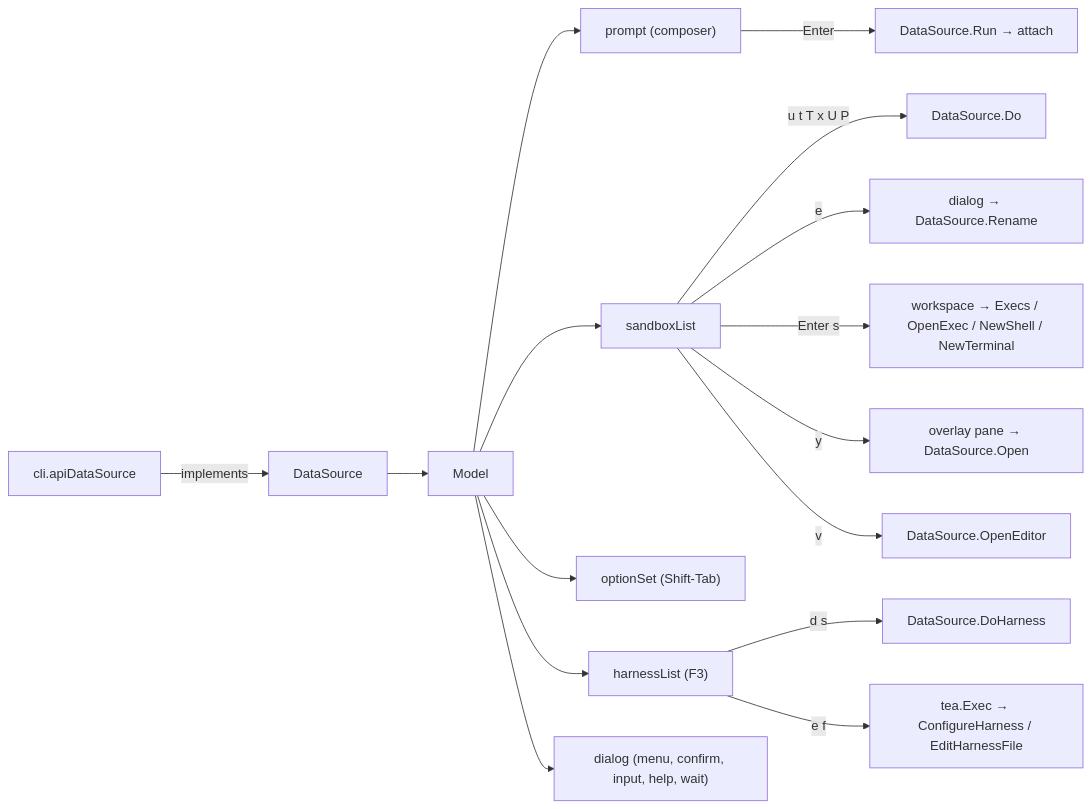
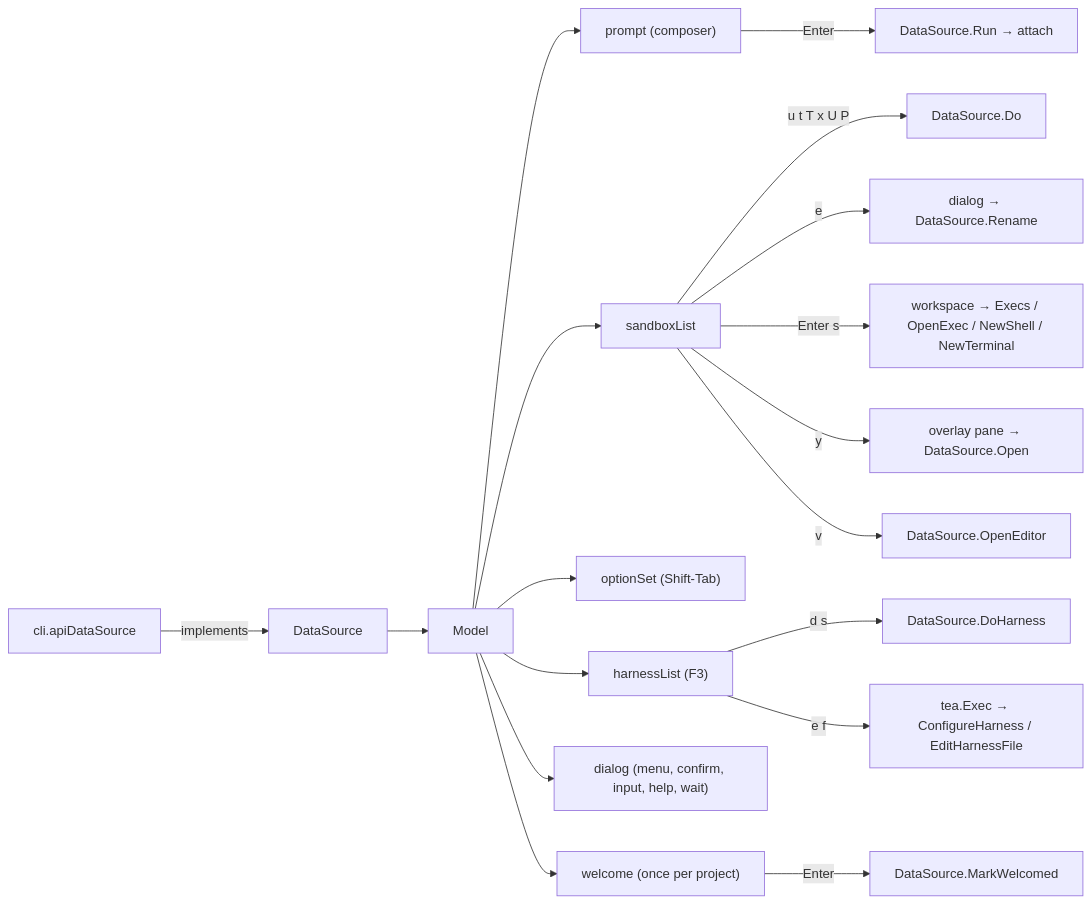
One commit to discobox-ai/discobox changed the diagram in cli/internal/tui/DESIGN.md. Above: the diagram before and after it, drawn with Mermaid. The commit also changed other lines of this file and 18 other files, not shown here.

````diff
--- a/cli/internal/tui/DESIGN.md
+++ b/cli/internal/tui/DESIGN.md
@@ -13,18 +13,20 @@
 ```mermaid
 flowchart LR
     CLI["cli.apiDataSource"] -->|implements| DS["DataSource"]
     DS --> M["Model"]
     M --> P["prompt (composer)"]
     M --> L["sandboxList"]
     M --> O["optionSet (Shift-Tab)"]
     M --> A["harnessList (F3)"]
     M --> D["dialog (menu, confirm, input, help, wait)"]
+    M --> W["welcome (once per project)"]
+    W -->|Enter| MW["DataSource.MarkWelcomed"]
     P -->|Enter| Run["DataSource.Run → attach"]
     L -->|u t T x U P| Verb["DataSource.Do"]
     L -->|e| Rename["dialog → DataSource.Rename"]
     L -->|Enter s| WS["workspace → Execs / OpenExec / NewShell / NewTerminal"]
     L -->|y| Overlay["overlay pane → DataSource.Open"]
     L -->|v| Editor["DataSource.OpenEditor"]
     A -->|d s| AVerb["DataSource.DoHarness"]
     A -->|e f| AExec["tea.Exec → ConfigureHarness / EditHarnessFile"]
 ```
````
